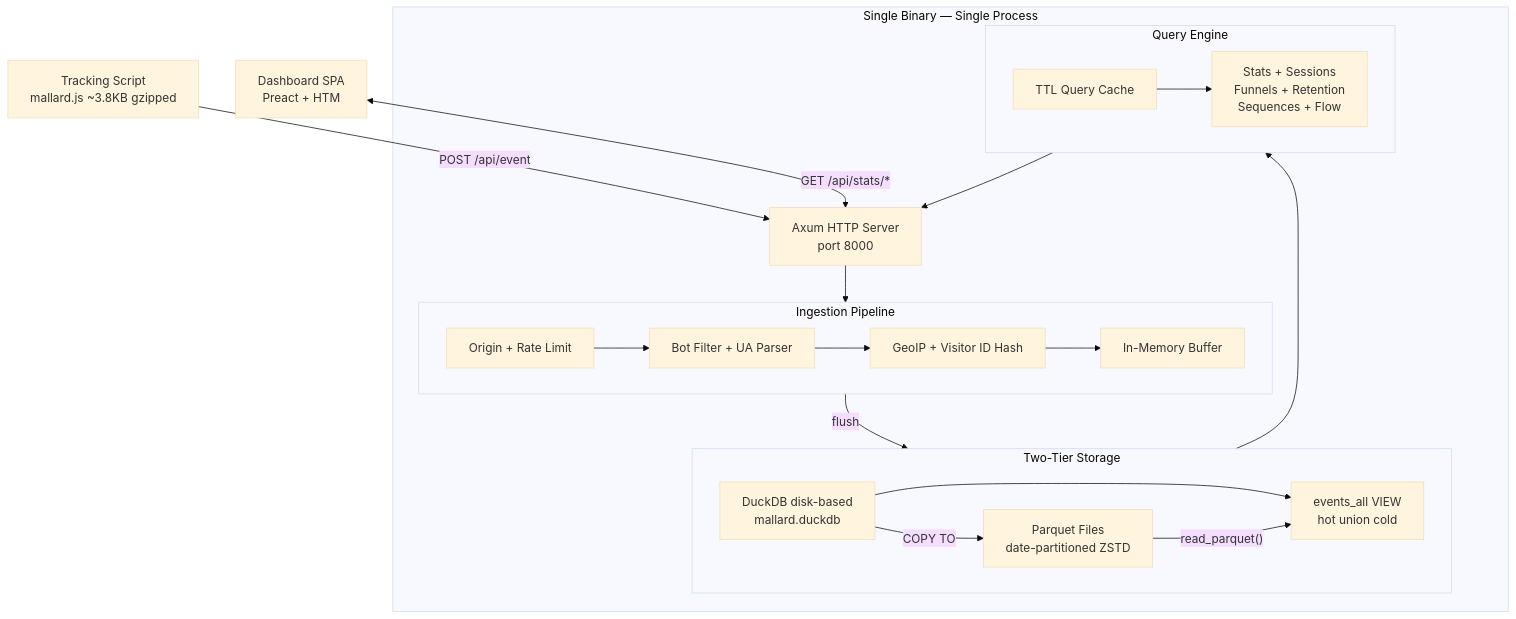
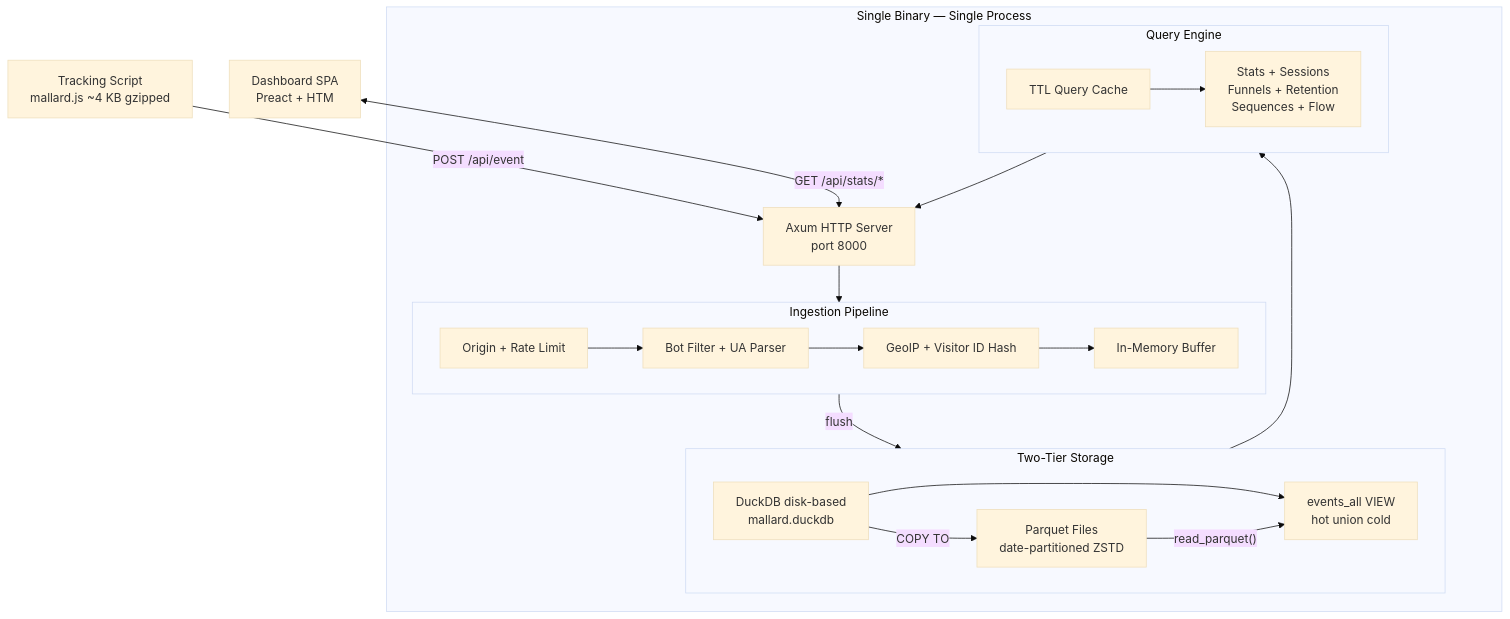
Before and after one commit to tomtom215/mallardmetrics: the diagram in README.md, drawn with Mermaid (base theme). The commit also changed other lines of this file, not shown here.

````diff
--- a/README.md
+++ b/README.md
@@ -362,36 +389,36 @@
 ```mermaid
 flowchart TD
-    TS["Tracking Script\nmallard.js ~3.8KB gzipped"]
+    TS["Tracking Script\nmallard.js ~4 KB gzipped"]
     DASH["Dashboard SPA\nPreact + HTM"]
 
     TS -->|"POST /api/event"| AXUM
     DASH <-->|"GET /api/stats/*"| AXUM
 
     subgraph BINARY["Single Binary — Single Process"]
         AXUM["Axum HTTP Server\nport 8000"]
 
         subgraph INGEST["Ingestion Pipeline"]
             direction LR
             OC["Origin + Rate Limit"] --> BF["Bot Filter + UA Parser"]
             BF --> GEO["GeoIP + Visitor ID Hash"]
             GEO --> BUF["In-Memory Buffer"]
         end
 
         subgraph STORE["Two-Tier Storage"]
             direction LR
             DB["DuckDB disk-based\nmallard.duckdb"] -->|"COPY TO"| PQ["Parquet Files\ndate-partitioned ZSTD"]
             DB --> VIEW["events_all VIEW\nhot union cold"]
             PQ -->|"read_parquet()"| VIEW
         end
 
         subgraph QUERY["Query Engine"]
             direction LR
             CACHE["TTL Query Cache"] --> QH["Stats + Sessions\nFunnels + Retention\nSequences + Flow"]
         end
 
         AXUM --> OC
         BUF -->|"flush"| DB
         VIEW --> CACHE
         QH --> AXUM
     end
 ```
````
